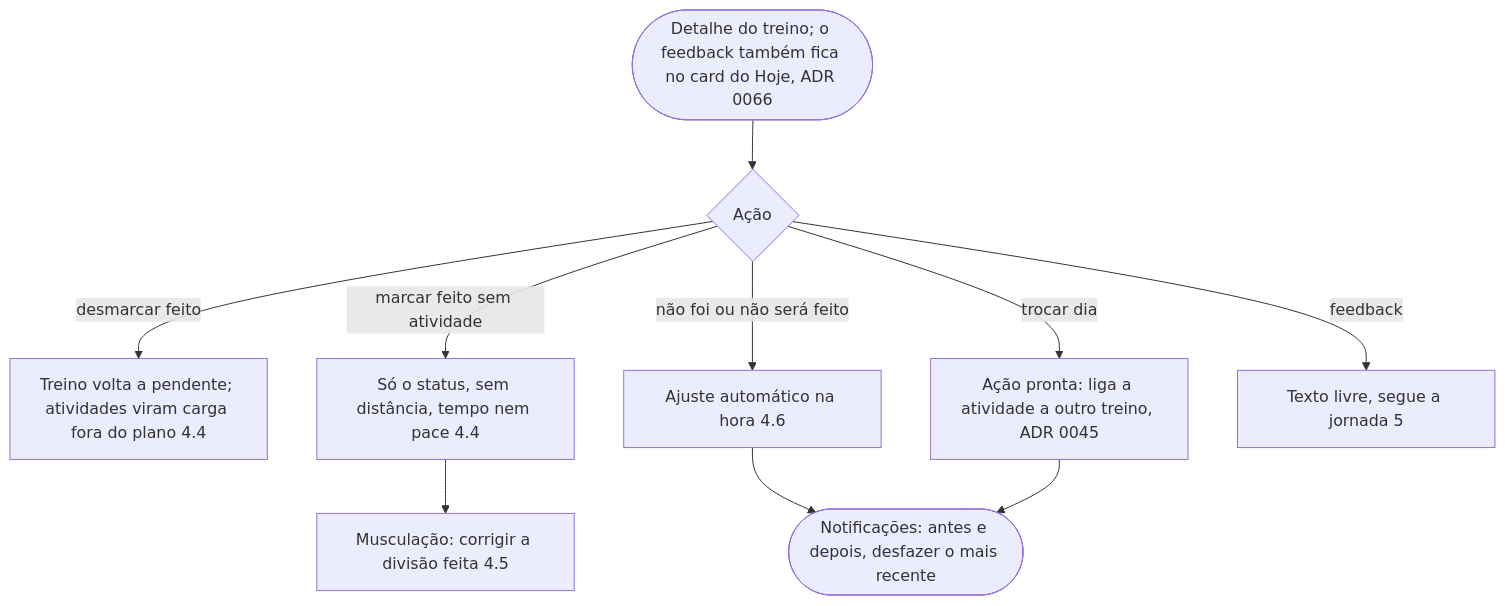
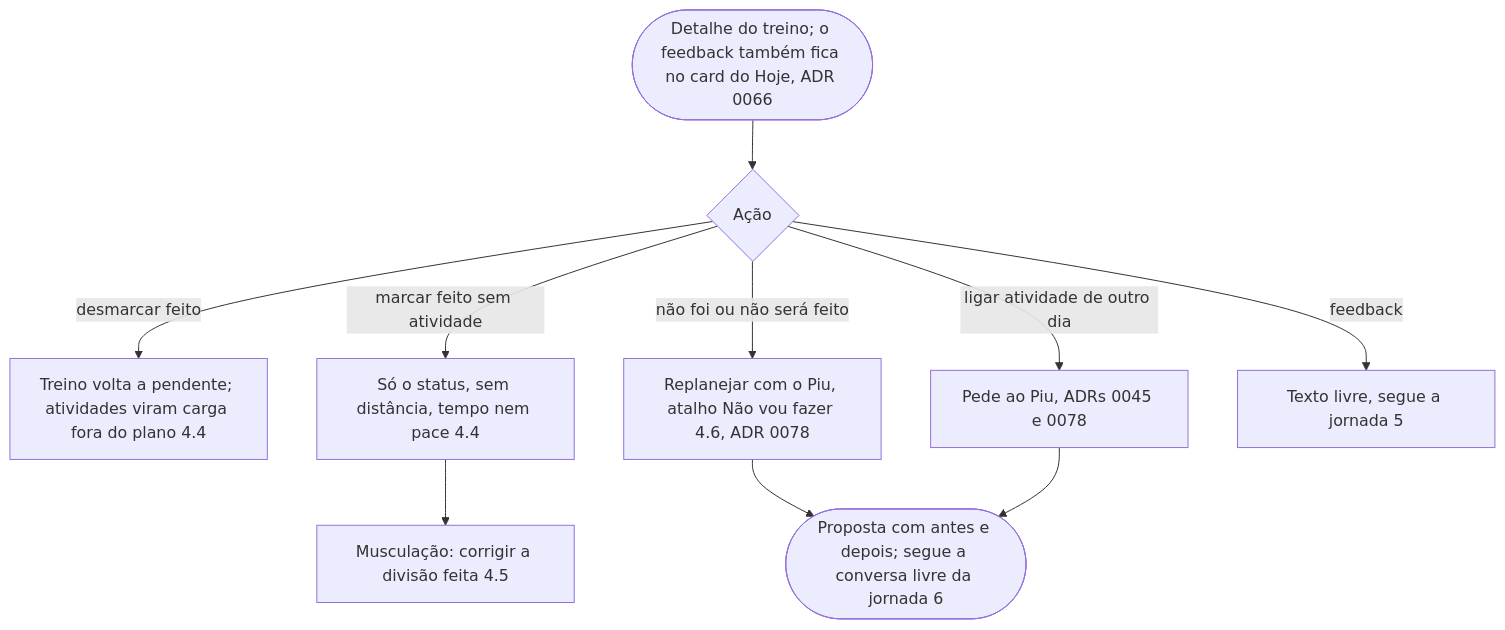
One commit to cruzvini/app-corrida changed the fifth of 11 diagrams in docs/fluxos.md. Above: the diagram before and after it, drawn with Mermaid. The commit also changed other lines of this file and 10 other files, not shown here.

First line of the commit message:
docs: ADR 0078 - mudar um treino é replanejar com o Piu, no lugar de Pular e Trocar dia

````diff
--- a/docs/fluxos.md
+++ b/docs/fluxos.md
@@ -140,12 +140,12 @@
 ```mermaid
 flowchart TD
   A([Detalhe do treino; o feedback também fica no card do Hoje, ADR 0066]) --> B{Ação}
   B -- desmarcar feito --> C[Treino volta a pendente; atividades viram carga fora do plano 4.4]
   B -- marcar feito sem atividade --> D[Só o status, sem distância, tempo nem pace 4.4]
   D --> D1[Musculação: corrigir a divisão feita 4.5]
-  B -- não foi ou não será feito --> E[Ajuste automático na hora 4.6]
-  B -- trocar dia --> F[Ação pronta: liga a atividade a outro treino, ADR 0045]
+  B -- não foi ou não será feito --> E[Replanejar com o Piu, atalho Não vou fazer 4.6, ADR 0078]
+  B -- ligar atividade de outro dia --> F[Pede ao Piu, ADRs 0045 e 0078]
   B -- feedback --> G[Texto livre, segue a jornada 5]
-  E --> N([Notificações: antes e depois, desfazer o mais recente])
+  E --> N([Proposta com antes e depois; segue a conversa livre da jornada 6])
   F --> N
 ```
````
